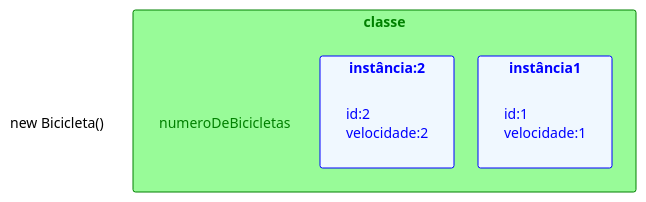
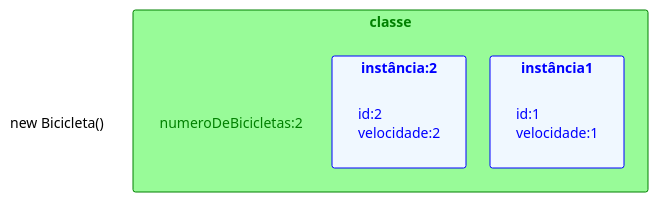
The diagram in src/03_conceitos_OO/04_static.md (leandro-costa/vuepresspoo), drawn with PlantUML before and after one commit.

Commit message:
ajuste diagrama static

```diff
--- a/src/03_conceitos_OO/04_static.md
+++ b/src/03_conceitos_OO/04_static.md
@@ -66,15 +66,15 @@
 @startuml 
 
 label "new Bicicleta()"
 
 rectangle "classe" #palegreen;line:green;text:green{
-    label "numeroDeBicicletas" #palegreen;text:green
+    label "numeroDeBicicletas:2" #palegreen;text:green
     rectangle "instância1" #aliceblue;line:blue;text:blue{
         label "id:1\nvelocidade:1" #aliceblue;text:blue   
     }
     rectangle "instância:2" #aliceblue;line:blue;text:blue{
         label "id:2\nvelocidade:2" #aliceblue;text:blue   
     }
 } 
 
 @enduml
```
